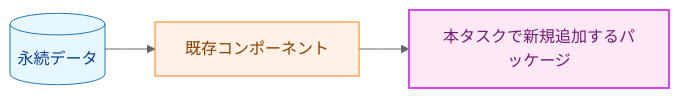
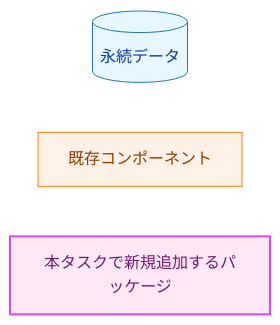
One commit to isseis/tlsrpt-digest changed the second of 15 diagrams in docs/tasks/0040_store/02_architecture.md. Above: the diagram before and after it, drawn with Mermaid (neutral theme). The commit also changed other lines of this file, not shown here.

First line of the commit message:
docs(store/arch): clarity pass — legend, flowchart, labels, API names

````diff
--- a/docs/tasks/0040_store/02_architecture.md
+++ b/docs/tasks/0040_store/02_architecture.md
@@ -49,11 +49,13 @@
 ```mermaid
 flowchart LR
     classDef data fill:#e6f7ff,stroke:#1f77b4,stroke-width:1px,color:#0b3d91;
     classDef process fill:#fff1e6,stroke:#ff7f0e,stroke-width:1px,color:#8a3e00;
     classDef newpkg fill:#ffe8f5,stroke:#d946ef,stroke-width:2px,color:#701a75;
 
-    D[("永続データ")] --> P["既存コンポーネント"] --> N["本タスクで新規追加するパッケージ"]
+    D[("永続データ")]
+    P["既存コンポーネント"]
+    N["本タスクで新規追加するパッケージ"]
     class D data
     class P process
     class N newpkg
 ```
````
